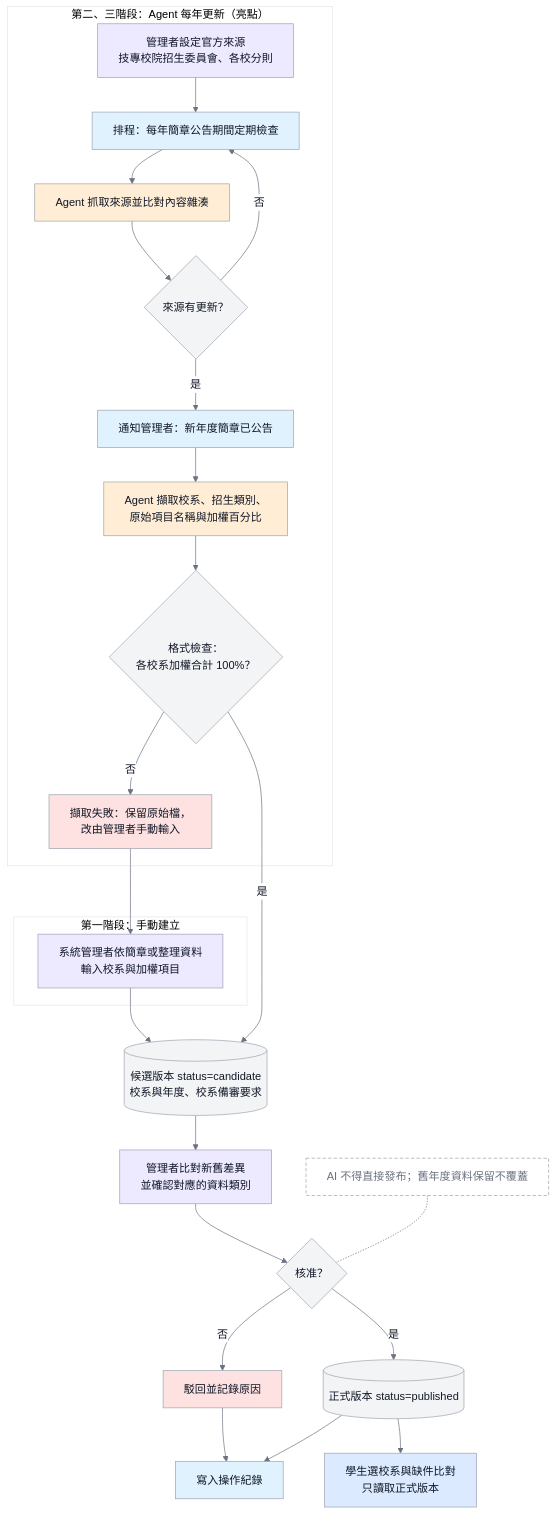
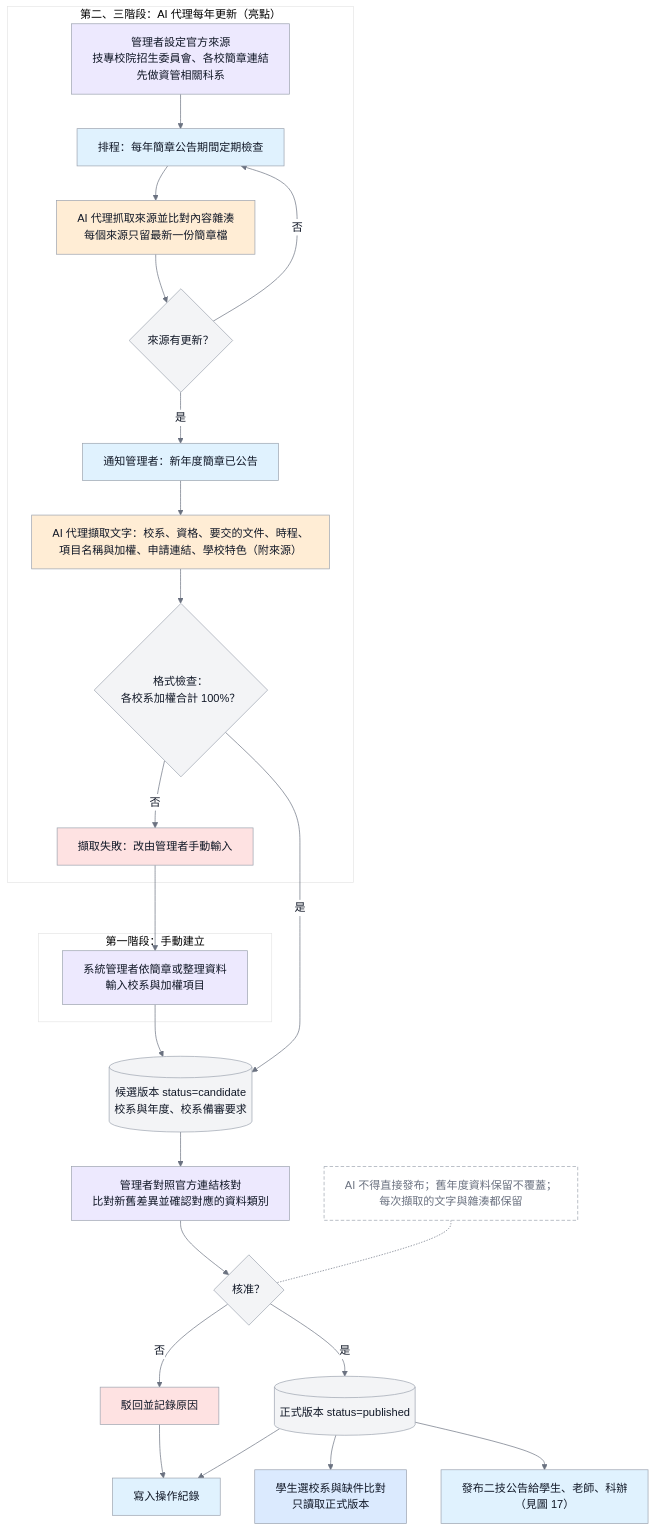
Before and after one commit to vujhdcusa/1028: the diagram in docs/images/D-13-admission-rule-update-flow.mmd, drawn with Mermaid. The commit also changed 42 other files, not shown here.

Commit message:
流程圖依 10-10 定案更新：圖 5、8、9、11～16 與使用案例圖；新增圖 17 二技公告；ERD 補 6 張表；新增流程圖彙整簡報（不覆蓋 10-07 討論簡報）

```diff
--- a/docs/images/D-13-admission-rule-update-flow.mmd
+++ b/docs/images/D-13-admission-rule-update-flow.mmd
@@ -1,38 +1,39 @@
 %%{init: {'theme':'base','themeVariables': {'fontFamily':'Microsoft JhengHei, Noto Sans TC, Arial, sans-serif','primaryColor':'#F3F4F6','primaryTextColor':'#111827','primaryBorderColor':'#9CA3AF','lineColor':'#6B7280','edgeLabelBackground':'#FFFFFF'},'flowchart':{'wrappingWidth':400}}}%%
 flowchart TD
     classDef admin fill:#EDE9FE,stroke:#9CA3AF,color:#111827,stroke-width:1px;
     classDef ai fill:#FFEDD5,stroke:#9CA3AF,color:#111827,stroke-width:1px;
     classDef system fill:#E0F2FE,stroke:#9CA3AF,color:#111827,stroke-width:1px;
     classDef store fill:#F3F4F6,stroke:#9CA3AF,color:#111827,stroke-width:1px;
     classDef student fill:#DBEAFE,stroke:#9CA3AF,color:#111827,stroke-width:1px;
     classDef alert fill:#FEE2E2,stroke:#9CA3AF,color:#111827,stroke-width:1px;
     classDef note fill:#FFFFFF,stroke:#9CA3AF,color:#6B7280,stroke-width:1px,stroke-dasharray:5 3;
 
     subgraph Stage1[第一階段：手動建立]
         Manual[系統管理者依簡章或整理資料<br/>輸入校系與加權項目]:::admin
     end
-    subgraph Stage23[第二、三階段：Agent 每年更新（亮點）]
-        Source[管理者設定官方來源<br/>技專校院招生委員會、各校分則]:::admin
+    subgraph Stage23[第二、三階段：AI 代理每年更新（亮點）]
+        Source[管理者設定官方來源<br/>技專校院招生委員會、各校簡章連結<br/>先做資管相關科系]:::admin
         Schedule[排程：每年簡章公告期間定期檢查]:::system
-        Detect[Agent 抓取來源並比對內容雜湊]:::ai
+        Detect[AI 代理抓取來源並比對內容雜湊<br/>每個來源只留最新一份簡章檔]:::ai
         Changed{來源有更新？}
         Notify[通知管理者：新年度簡章已公告]:::system
-        Extract[Agent 擷取校系、招生類別、<br/>原始項目名稱與加權百分比]:::ai
+        Extract[AI 代理擷取文字：校系、資格、要交的文件、時程、<br/>項目名稱與加權、申請連結、學校特色（附來源）]:::ai
         Validate{格式檢查：<br/>各校系加權合計 100%？}
-        Fail[擷取失敗：保留原始檔，<br/>改由管理者手動輸入]:::alert
+        Fail[擷取失敗：改由管理者手動輸入]:::alert
         Source --> Schedule --> Detect --> Changed
         Changed -- 否 --> Schedule
         Changed -- 是 --> Notify --> Extract --> Validate
         Validate -- 否 --> Fail
     end
     Manual --> Candidate[(候選版本 status=candidate<br/>校系與年度、校系備審要求)]:::store
     Validate -- 是 --> Candidate
     Fail --> Manual
-    Candidate --> Diff[管理者比對新舊差異<br/>並確認對應的資料類別]:::admin
+    Candidate --> Diff[管理者對照官方連結核對<br/>比對新舊差異並確認對應的資料類別]:::admin
     Diff --> Approve{核准？}
     Approve -- 否 --> Reject[駁回並記錄原因]:::alert
     Approve -- 是 --> Publish[(正式版本 status=published)]:::store
     Publish --> Student[學生選校系與缺件比對<br/>只讀取正式版本]:::student
+    Publish --> Announce[發布二技公告給學生、老師、科辦<br/>（見圖 17）]:::system
     Reject --> Log[寫入操作紀錄]:::system
     Publish --> Log
-    Rule[AI 不得直接發布；舊年度資料保留不覆蓋]:::note -.- Approve
+    Rule[AI 不得直接發布；舊年度資料保留不覆蓋；<br/>每次擷取的文字與雜湊都保留]:::note -.- Approve
```
